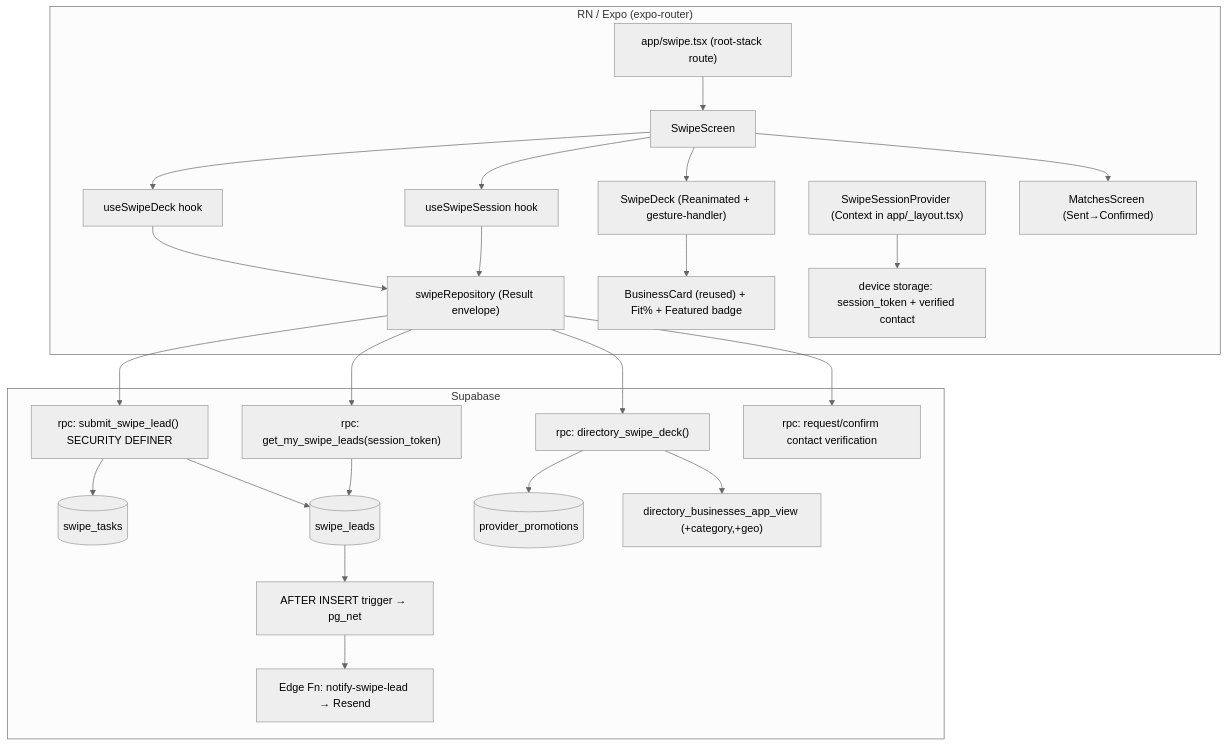
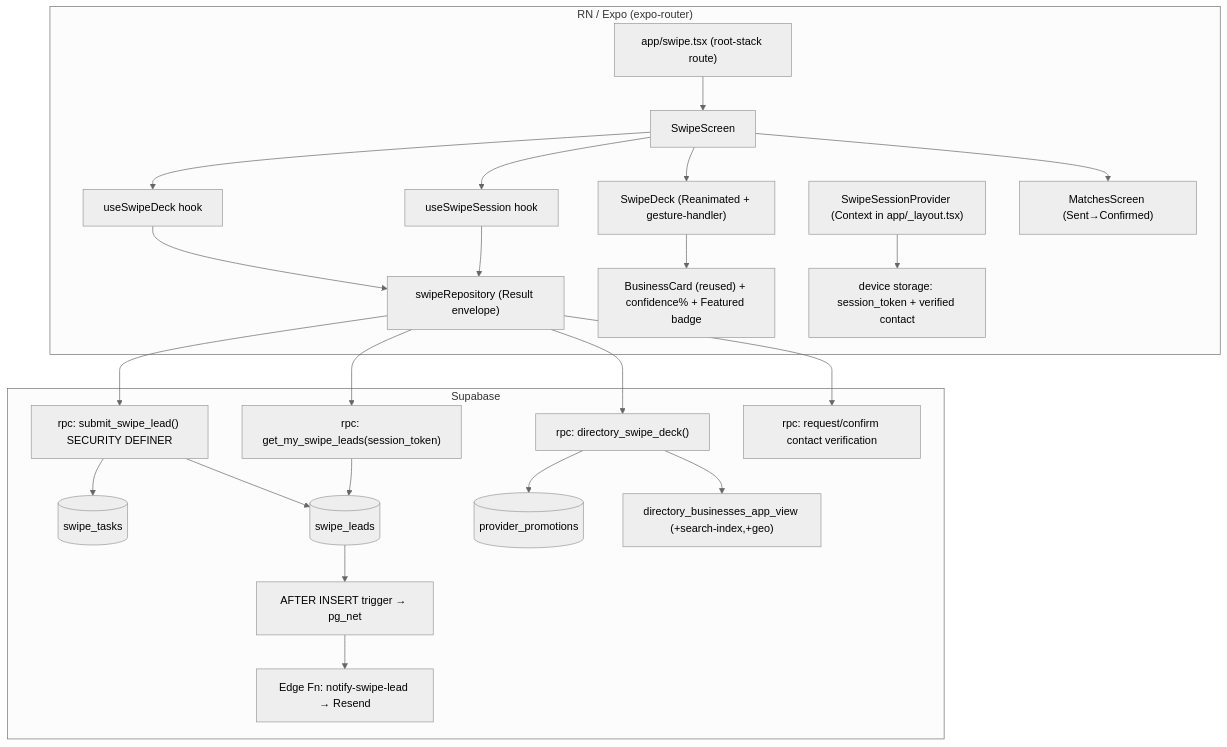
One commit to fontezbrooks/TheSouthernShmooze changed the first of 2 diagrams in docs/the-shmoozer/README.md. Above: the diagram before and after it, drawn with Mermaid (neutral theme). The commit also changed other lines of this file, not shown here.

First line of the commit message:
docs: switch The Shmoozer V1 matching to fuzzy keyword + confidence

````diff
--- a/docs/the-shmoozer/README.md
+++ b/docs/the-shmoozer/README.md
@@ -42,37 +47,37 @@
 ```mermaid
 graph TD
   subgraph Client["RN / Expo (expo-router)"]
     R["app/swipe.tsx (root-stack route)"]
     SS["SwipeScreen"]
     CTX["SwipeSessionProvider (Context in app/_layout.tsx)"]
     DECK["useSwipeDeck hook"]
     SESH["useSwipeSession hook"]
     REPO["swipeRepository (Result envelope)"]
     DC["SwipeDeck (Reanimated + gesture-handler)"]
-    CARD["BusinessCard (reused) + Fit% + Featured badge"]
+    CARD["BusinessCard (reused) + confidence% + Featured badge"]
     MATCH["MatchesScreen (Sent→Confirmed)"]
     STORE["device storage: session_token + verified contact"]
   end
   subgraph Supabase
     RPC1["rpc: directory_swipe_deck()"]
     RPC2["rpc: submit_swipe_lead() SECURITY DEFINER"]
     RPC3["rpc: get_my_swipe_leads(session_token)"]
     RPC4["rpc: request/confirm contact verification"]
     T1[("swipe_tasks")]
     T2[("swipe_leads")]
     T3[("provider_promotions")]
-    V["directory_businesses_app_view (+category,+geo)"]
+    V["directory_businesses_app_view (+search-index,+geo)"]
     TRG["AFTER INSERT trigger → pg_net"]
     EF["Edge Fn: notify-swipe-lead → Resend"]
   end
   R --> SS --> DECK & SESH
   SS --> DC --> CARD
   SS --> MATCH
   DECK --> REPO --> RPC1 --> V & T3
   SESH --> REPO
   REPO --> RPC2 --> T1 & T2
   REPO --> RPC3 --> T2
   REPO --> RPC4
   CTX --> STORE
   T2 --> TRG --> EF
 ```
````
